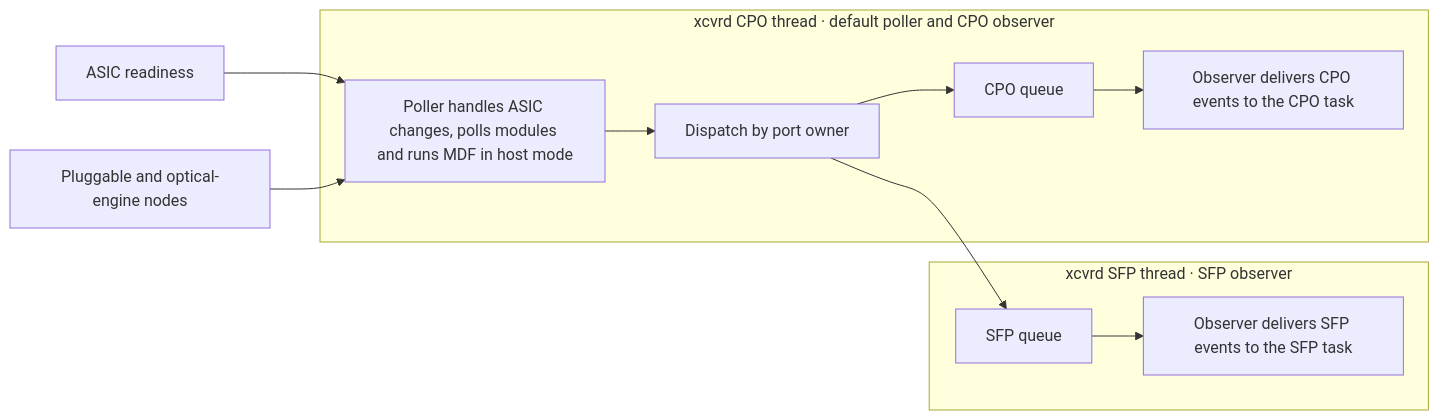
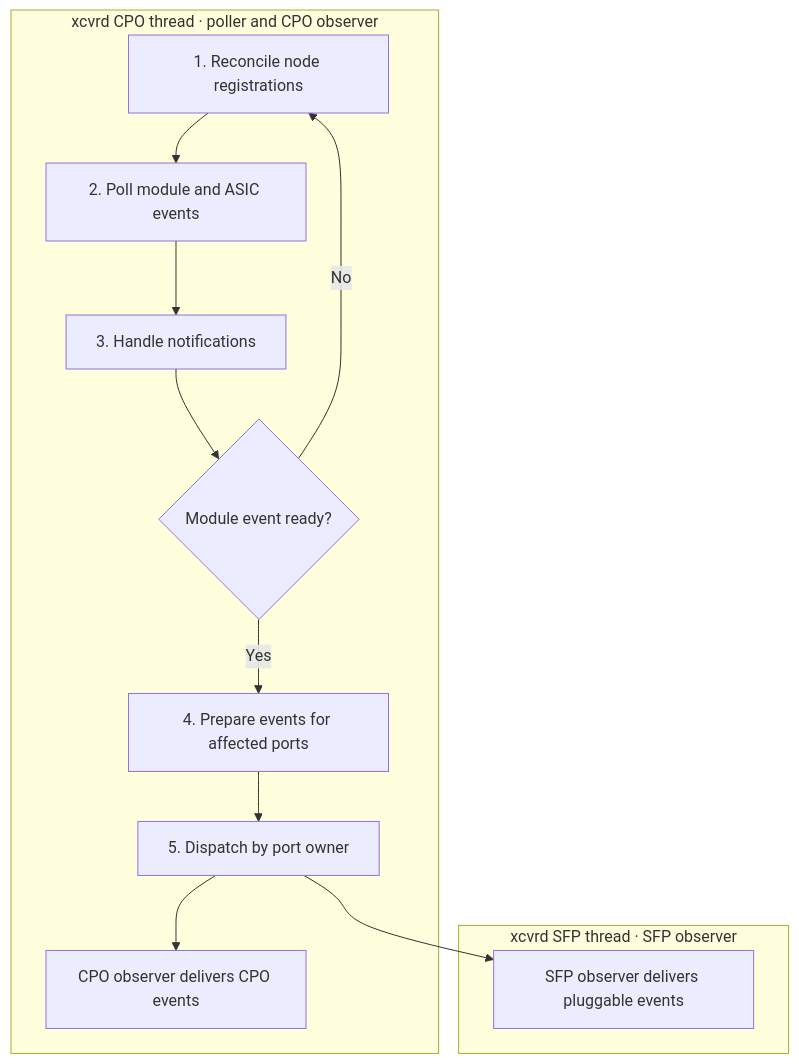
Before and after one commit to sonic-net/SONiC: the second of 3 diagrams in doc/module-change-event-refactor/module-change-event-refactor-hld.md, drawn with Mermaid. The commit also changed other lines of this file, not shown here.

First line of the commit message:
doc: Add module event class and polling diagrams

````diff
--- a/doc/module-change-event-refactor/module-change-event-refactor-hld.md
+++ b/doc/module-change-event-refactor/module-change-event-refactor-hld.md
@@ -118,14 +112,16 @@
 ```mermaid
-flowchart LR
-    ASIC["ASIC readiness"] --> POLL
-    MOD["Pluggable and optical-engine nodes"] --> POLL
-    subgraph CPO["xcvrd CPO thread · default poller and CPO observer"]
-        POLL["Poller handles ASIC changes, polls modules and runs MDF in host mode"] --> DISPATCH["Dispatch by port owner"]
-        DISPATCH --> CQ["CPO queue"]
-        CQ --> COBS["Observer delivers CPO events to the CPO task"]
+flowchart TB
+    subgraph CPO["xcvrd CPO thread · poller and CPO observer"]
+        REGISTER["1. Reconcile node registrations"] --> POLL["2. Poll module and ASIC events"]
+        POLL --> HANDLE["3. Handle notifications"]
+        HANDLE --> OUTCOME{"Module event ready?"}
+        OUTCOME -->|Yes| PREPARE["4. Prepare events for affected ports"]
+        OUTCOME -->|No| REGISTER
+        PREPARE --> DISPATCH["5. Dispatch by port owner"]
+        DISPATCH --> CPO_OBSERVER["CPO observer delivers CPO events"]
     end
     subgraph SFP["xcvrd SFP thread · SFP observer"]
-        SQ["SFP queue"] --> SOBS["Observer delivers SFP events to the SFP task"]
+        SFP_OBSERVER["SFP observer delivers pluggable events"]
     end
-    DISPATCH --> SQ
+    DISPATCH --> SFP_OBSERVER
 ```
````
